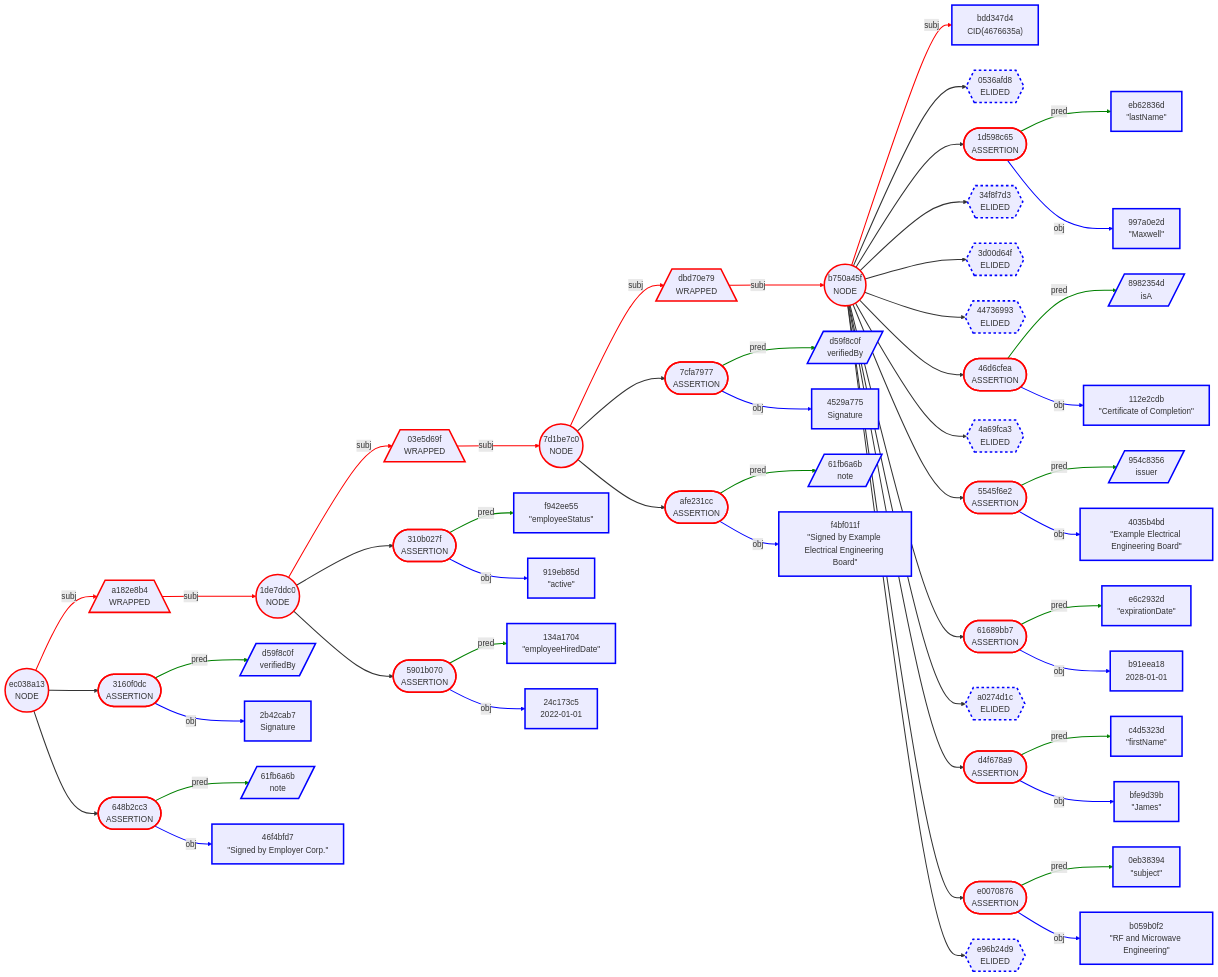
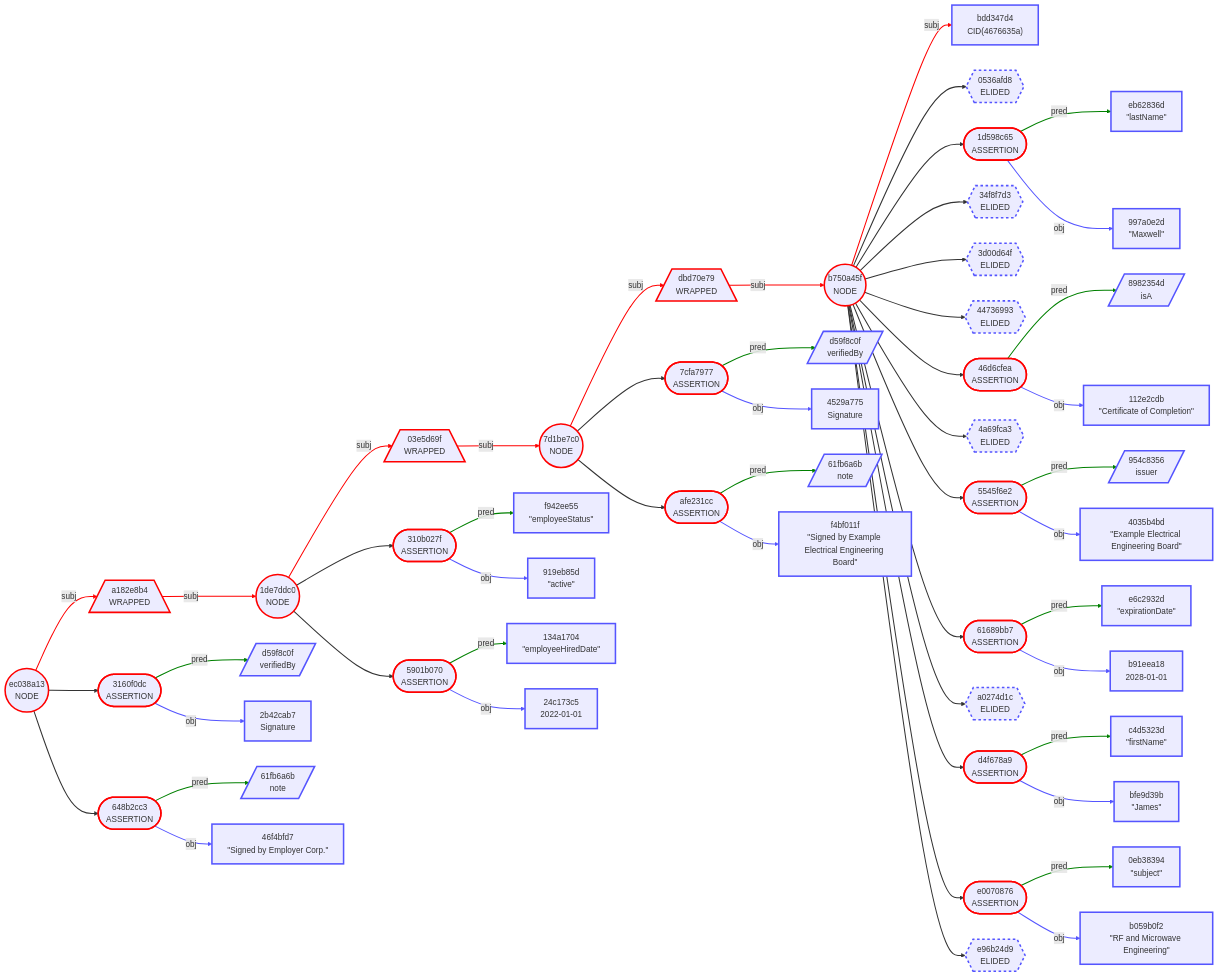
One commit to BlockchainCommons/BCSwiftSecureComponents changed diagram 12 of 12 in Docs/04-MERMAID-OUTPUT.md. Above: the diagram before and after it, drawn with Mermaid. The commit also changed other lines of this file and 1 other file, not shown here.

Commit message:
Refined blue for Mermaid output.

````diff
--- a/Docs/04-MERMAID-OUTPUT.md
+++ b/Docs/04-MERMAID-OUTPUT.md
@@ -948,50 +948,50 @@
     style 5 stroke:red,stroke-width:3.0px
     style 6 stroke:red,stroke-width:3.0px
     style 7 stroke:red,stroke-width:3.0px
-    style 8 stroke:blue,stroke-width:3.0px
-    style 9 stroke:blue,stroke-width:3.0px,stroke-dasharray:5.0 5.0
+    style 8 stroke:#55f,stroke-width:3.0px
+    style 9 stroke:#55f,stroke-width:3.0px,stroke-dasharray:5.0 5.0
     style 10 stroke:red,stroke-width:3.0px
-    style 11 stroke:blue,stroke-width:3.0px
-    style 12 stroke:blue,stroke-width:3.0px
-    style 13 stroke:blue,stroke-width:3.0px,stroke-dasharray:5.0 5.0
-    style 14 stroke:blue,stroke-width:3.0px,stroke-dasharray:5.0 5.0
-    style 15 stroke:blue,stroke-width:3.0px,stroke-dasharray:5.0 5.0
+    style 11 stroke:#55f,stroke-width:3.0px
+    style 12 stroke:#55f,stroke-width:3.0px
+    style 13 stroke:#55f,stroke-width:3.0px,stroke-dasharray:5.0 5.0
+    style 14 stroke:#55f,stroke-width:3.0px,stroke-dasharray:5.0 5.0
+    style 15 stroke:#55f,stroke-width:3.0px,stroke-dasharray:5.0 5.0
     style 16 stroke:red,stroke-width:3.0px
-    style 17 stroke:blue,stroke-width:3.0px
-    style 18 stroke:blue,stroke-width:3.0px
-    style 19 stroke:blue,stroke-width:3.0px,stroke-dasharray:5.0 5.0
+    style 17 stroke:#55f,stroke-width:3.0px
+    style 18 stroke:#55f,stroke-width:3.0px
+    style 19 stroke:#55f,stroke-width:3.0px,stroke-dasharray:5.0 5.0
     style 20 stroke:red,stroke-width:3.0px
-    style 21 stroke:blue,stroke-width:3.0px
-    style 22 stroke:blue,stroke-width:3.0px
+    style 21 stroke:#55f,stroke-width:3.0px
+    style 22 stroke:#55f,stroke-width:3.0px
     style 23 stroke:red,stroke-width:3.0px
-    style 24 stroke:blue,stroke-width:3.0px
-    style 25 stroke:blue,stroke-width:3.0px
-    style 26 stroke:blue,stroke-width:3.0px,stroke-dasharray:5.0 5.0
+    style 24 stroke:#55f,stroke-width:3.0px
+    style 25 stroke:#55f,stroke-width:3.0px
+    style 26 stroke:#55f,stroke-width:3.0px,stroke-dasharray:5.0 5.0
     style 27 stroke:red,stroke-width:3.0px
-    style 28 stroke:blue,stroke-width:3.0px
-    style 29 stroke:blue,stroke-width:3.0px
+    style 28 stroke:#55f,stroke-width:3.0px
+    style 29 stroke:#55f,stroke-width:3.0px
     style 30 stroke:red,stroke-width:3.0px
-    style 31 stroke:blue,stroke-width:3.0px
-    style 32 stroke:blue,stroke-width:3.0px
-    style 33 stroke:blue,stroke-width:3.0px,stroke-dasharray:5.0 5.0
+    style 31 stroke:#55f,stroke-width:3.0px
+    style 32 stroke:#55f,stroke-width:3.0px
+    style 33 stroke:#55f,stroke-width:3.0px,stroke-dasharray:5.0 5.0
     style 34 stroke:red,stroke-width:3.0px
-    style 35 stroke:blue,stroke-width:3.0px
-    style 36 stroke:blue,stroke-width:3.0px
+    style 35 stroke:#55f,stroke-width:3.0px
+    style 36 stroke:#55f,stroke-width:3.0px
     style 37 stroke:red,stroke-width:3.0px
-    style 38 stroke:blue,stroke-width:3.0px
-    style 39 stroke:blue,stroke-width:3.0px
+    style 38 stroke:#55f,stroke-width:3.0px
+    style 39 stroke:#55f,stroke-width:3.0px
     style 40 stroke:red,stroke-width:3.0px
-    style 41 stroke:blue,stroke-width:3.0px
-    style 42 stroke:blue,stroke-width:3.0px
+    style 41 stroke:#55f,stroke-width:3.0px
+    style 42 stroke:#55f,stroke-width:3.0px
     style 43 stroke:red,stroke-width:3.0px
-    style 44 stroke:blue,stroke-width:3.0px
-    style 45 stroke:blue,stroke-width:3.0px
+    style 44 stroke:#55f,stroke-width:3.0px
+    style 45 stroke:#55f,stroke-width:3.0px
     style 46 stroke:red,stroke-width:3.0px
-    style 47 stroke:blue,stroke-width:3.0px
-    style 48 stroke:blue,stroke-width:3.0px
+    style 47 stroke:#55f,stroke-width:3.0px
+    style 48 stroke:#55f,stroke-width:3.0px
     style 49 stroke:red,stroke-width:3.0px
-    style 50 stroke:blue,stroke-width:3.0px
-    style 51 stroke:blue,stroke-width:3.0px
+    style 50 stroke:#55f,stroke-width:3.0px
+    style 51 stroke:#55f,stroke-width:3.0px
     linkStyle 0 stroke:red,stroke-width:2.0px
     linkStyle 1 stroke:red,stroke-width:2.0px
     linkStyle 2 stroke:red,stroke-width:2.0px
@@ -1002,44 +1002,44 @@
     linkStyle 7 stroke-width:2.0px
     linkStyle 8 stroke-width:2.0px
     linkStyle 9 stroke:green,stroke-width:2.0px
-    linkStyle 10 stroke:blue,stroke-width:2.0px
+    linkStyle 10 stroke:#55f,stroke-width:2.0px
     linkStyle 11 stroke-width:2.0px
     linkStyle 12 stroke-width:2.0px
     linkStyle 13 stroke-width:2.0px
     linkStyle 14 stroke-width:2.0px
     linkStyle 15 stroke:green,stroke-width:2.0px
-    linkStyle 16 stroke:blue,stroke-width:2.0px
+    linkStyle 16 stroke:#55f,stroke-width:2.0px
     linkStyle 17 stroke-width:2.0px
     linkStyle 18 stroke-width:2.0px
     linkStyle 19 stroke:green,stroke-width:2.0px
-    linkStyle 20 stroke:blue,stroke-width:2.0px
+    linkStyle 20 stroke:#55f,stroke-width:2.0px
     linkStyle 21 stroke-width:2.0px
     linkStyle 22 stroke:green,stroke-width:2.0px
-    linkStyle 23 stroke:blue,stroke-width:2.0px
+    linkStyle 23 stroke:#55f,stroke-width:2.0px
     linkStyle 24 stroke-width:2.0px
     linkStyle 25 stroke-width:2.0px
     linkStyle 26 stroke:green,stroke-width:2.0px
-    linkStyle 27 stroke:blue,stroke-width:2.0px
+    linkStyle 27 stroke:#55f,stroke-width:2.0px
     linkStyle 28 stroke-width:2.0px
     linkStyle 29 stroke:green,stroke-width:2.0px
-    linkStyle 30 stroke:blue,stroke-width:2.0px
+    linkStyle 30 stroke:#55f,stroke-width:2.0px
     linkStyle 31 stroke-width:2.0px
     linkStyle 32 stroke-width:2.0px
     linkStyle 33 stroke:green,stroke-width:2.0px
-    linkStyle 34 stroke:blue,stroke-width:2.0px
+    linkStyle 34 stroke:#55f,stroke-width:2.0px
     linkStyle 35 stroke-width:2.0px
     linkStyle 36 stroke:green,stroke-width:2.0px
-    linkStyle 37 stroke:blue,stroke-width:2.0px
+    linkStyle 37 stroke:#55f,stroke-width:2.0px
     linkStyle 38 stroke-width:2.0px
     linkStyle 39 stroke:green,stroke-width:2.0px
-    linkStyle 40 stroke:blue,stroke-width:2.0px
+    linkStyle 40 stroke:#55f,stroke-width:2.0px
     linkStyle 41 stroke-width:2.0px
     linkStyle 42 stroke:green,stroke-width:2.0px
-    linkStyle 43 stroke:blue,stroke-width:2.0px
+    linkStyle 43 stroke:#55f,stroke-width:2.0px
     linkStyle 44 stroke-width:2.0px
     linkStyle 45 stroke:green,stroke-width:2.0px
-    linkStyle 46 stroke:blue,stroke-width:2.0px
+    linkStyle 46 stroke:#55f,stroke-width:2.0px
     linkStyle 47 stroke-width:2.0px
     linkStyle 48 stroke:green,stroke-width:2.0px
-    linkStyle 49 stroke:blue,stroke-width:2.0px
+    linkStyle 49 stroke:#55f,stroke-width:2.0px
 ```
````
